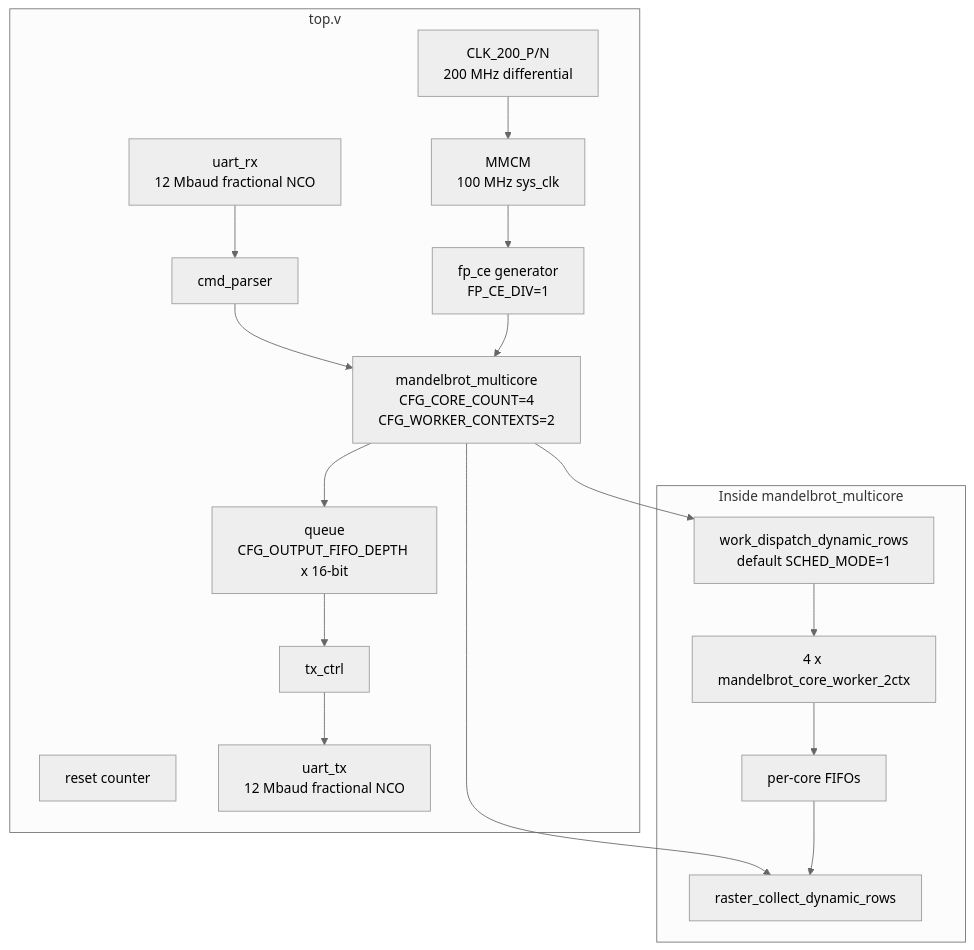
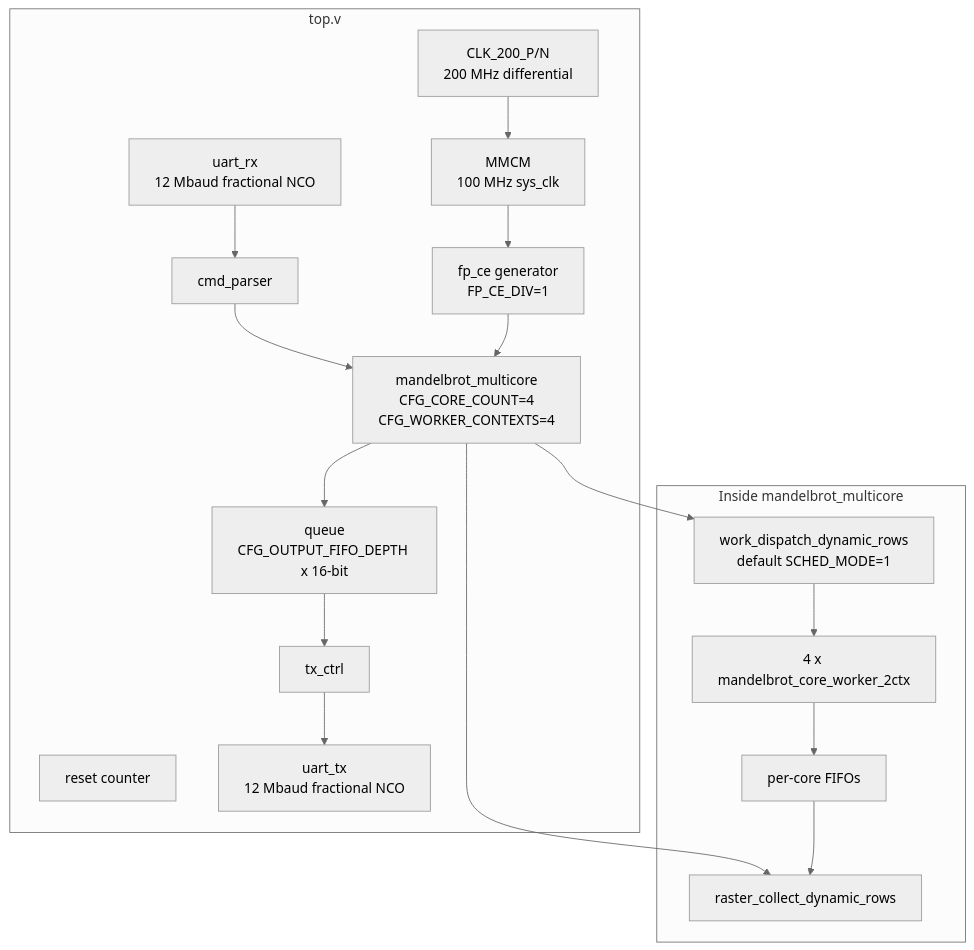
Before and after one commit to RESBI/FPGA-Mandelbrot-Demo: the second of 4 diagrams in README.md, drawn with Mermaid (neutral theme). The commit also changed other lines of this file and 13 other files, not shown here.

````diff
--- a/README.md
+++ b/README.md
@@ -131,30 +133,30 @@
 ```mermaid
 flowchart TB
     subgraph TOP[top.v]
         CLK[CLK_200_P/N<br/>200 MHz differential] --> MMCM[MMCM<br/>100 MHz sys_clk]
         MMCM --> CE[fp_ce generator<br/>FP_CE_DIV=1]
         RST[reset counter]
 
         URX[uart_rx<br/>12 Mbaud fractional NCO]
         UTX[uart_tx<br/>12 Mbaud fractional NCO]
         CMD[cmd_parser]
-        CORE[mandelbrot_multicore<br/>CFG_CORE_COUNT=4<br/>CFG_WORKER_CONTEXTS=2]
+        CORE[mandelbrot_multicore<br/>CFG_CORE_COUNT=4<br/>CFG_WORKER_CONTEXTS=4]
         FIFO[queue<br/>CFG_OUTPUT_FIFO_DEPTH x 16-bit]
         TXC[tx_ctrl]
 
         URX --> CMD
         CMD --> CORE
         CE --> CORE
         CORE --> FIFO
         FIFO --> TXC
         TXC --> UTX
     end
 
     subgraph MC[Inside mandelbrot_multicore]
         CORE --> DISP[work_dispatch_dynamic_rows<br/>default SCHED_MODE=1]
         CORE --> MERGE[raster_collect_dynamic_rows]
         DISP --> WORKERS[4 x mandelbrot_core_worker_2ctx]
         WORKERS --> CFIFO[per-core FIFOs]
         CFIFO --> MERGE
     end
 ```
````
